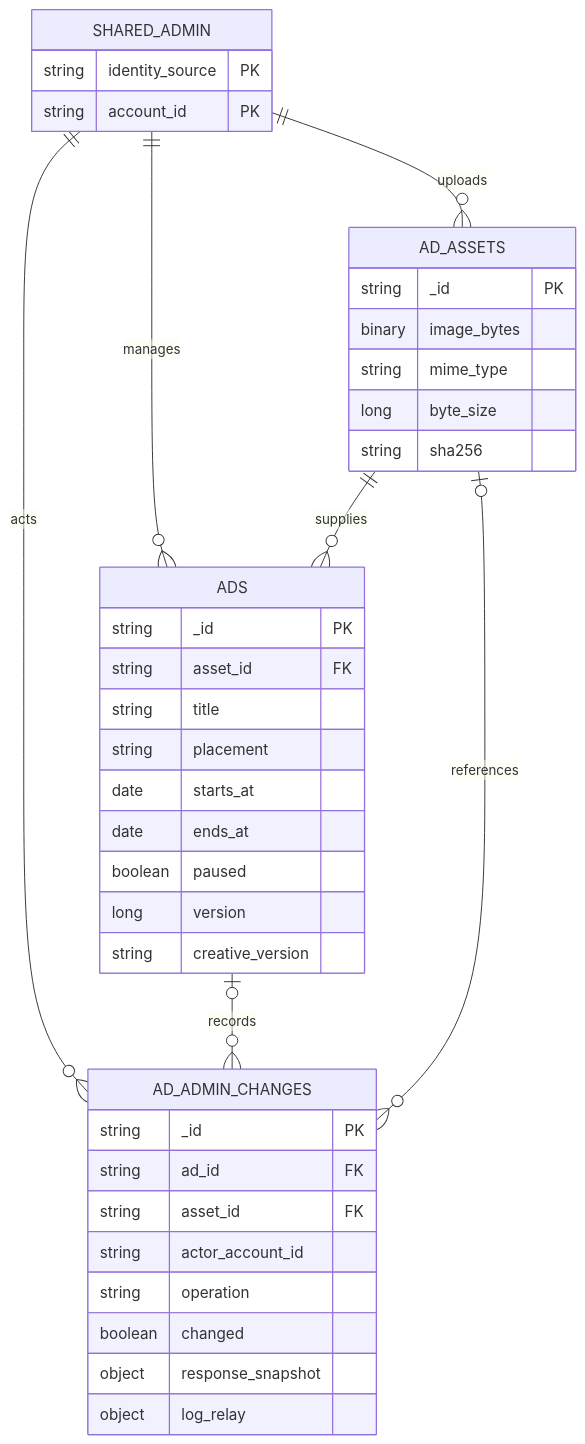
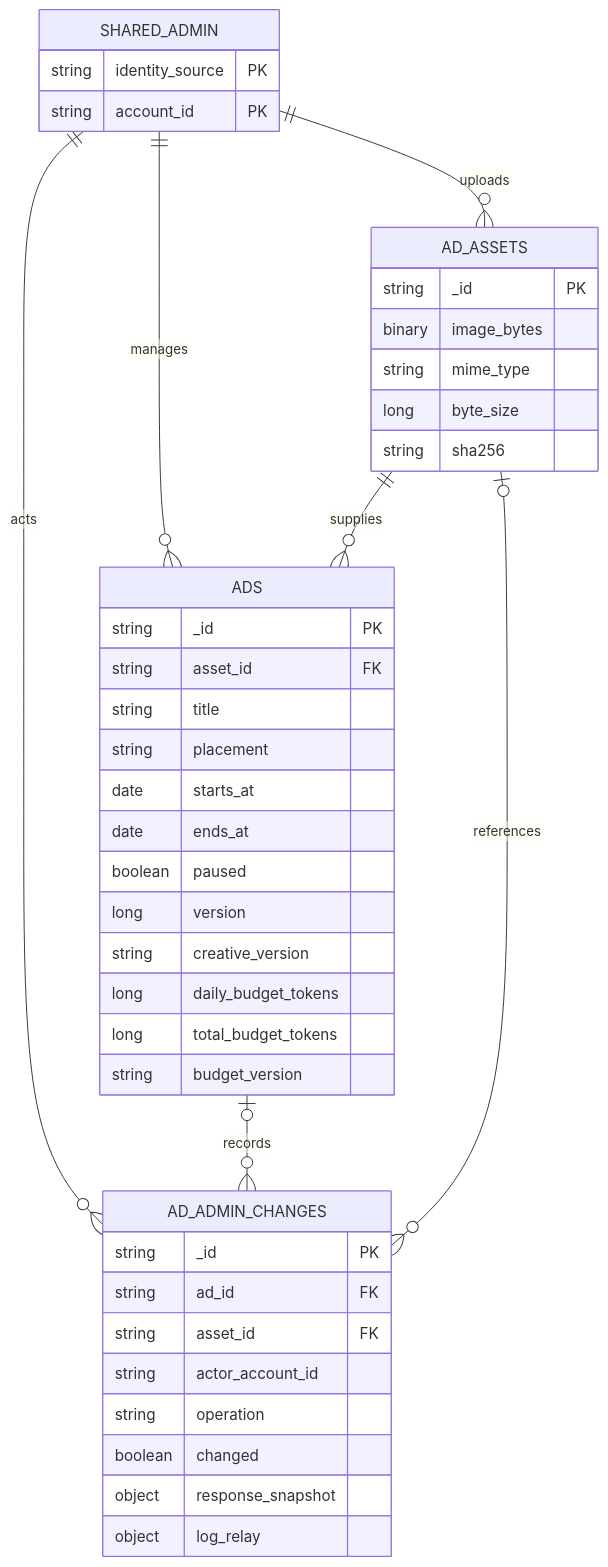
One commit to encore-ai-campus/mlo-01-p3-team1 changed the second of 2 diagrams in docs/development/ads/광고_데이터와_로직_설계.md. Above: the diagram before and after it, drawn with Mermaid. The commit also changed other lines of this file and 216 other files, not shown here.

````diff
--- a/docs/development/ads/광고_데이터와_로직_설계.md
+++ b/docs/development/ads/광고_데이터와_로직_설계.md
@@ -49,41 +53,44 @@
 ```mermaid
 erDiagram
     SHARED_ADMIN ||--o{ ADS : manages
     SHARED_ADMIN ||--o{ AD_ASSETS : uploads
     SHARED_ADMIN ||--o{ AD_ADMIN_CHANGES : acts
     AD_ASSETS ||--o{ ADS : supplies
     ADS |o--o{ AD_ADMIN_CHANGES : records
     AD_ASSETS |o--o{ AD_ADMIN_CHANGES : references
     SHARED_ADMIN {
         string identity_source PK
         string account_id PK
     }
     ADS {
         string _id PK
         string asset_id FK
         string title
         string placement
         date starts_at
         date ends_at
         boolean paused
         long version
         string creative_version
+        long daily_budget_tokens
+        long total_budget_tokens
+        string budget_version
     }
     AD_ASSETS {
         string _id PK
         binary image_bytes
         string mime_type
         long byte_size
         string sha256
     }
     AD_ADMIN_CHANGES {
         string _id PK
         string ad_id FK
         string asset_id FK
         string actor_account_id
         string operation
         boolean changed
         object response_snapshot
         object log_relay
     }
 ```
````
